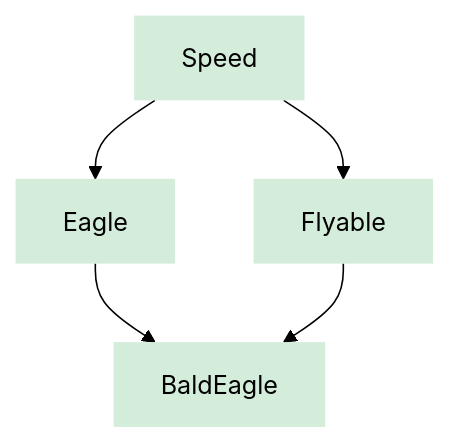
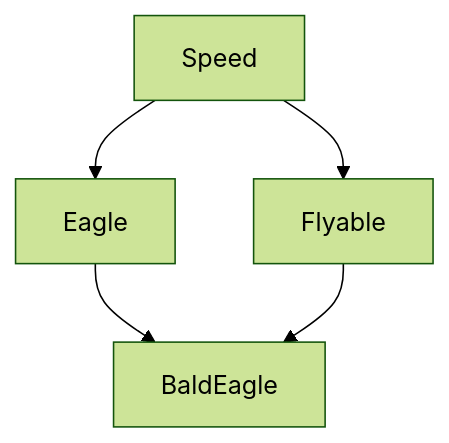
One commit to JoshBot-Debug/cheatsheet changed the second of 2 diagrams in docs/c++/INHERITANCE-AND-POLYMORPHISM.mdx. Above: the diagram before and after it, drawn with Mermaid (forest theme). The commit also changed other lines of this file and 3 other files, not shown here.

````diff
--- a/docs/c++/INHERITANCE-AND-POLYMORPHISM.mdx
+++ b/docs/c++/INHERITANCE-AND-POLYMORPHISM.mdx
@@ -285,13 +282,10 @@
 ```mermaid
 graph TD
     BE[BaldEagle]
     E[Eagle] --> BE
     F[Flyable] --> BE
     S1[Speed] --> E
     S1[Speed] --> F
 
-    style S1 fill:#d4edda,stroke:none
-    style F fill:#d4edda,stroke:none
-    style E fill:#d4edda,stroke:none
-    style BE fill:#d4edda,stroke:none
+    class S1,BE,E,F birdNode;
 ```
````
